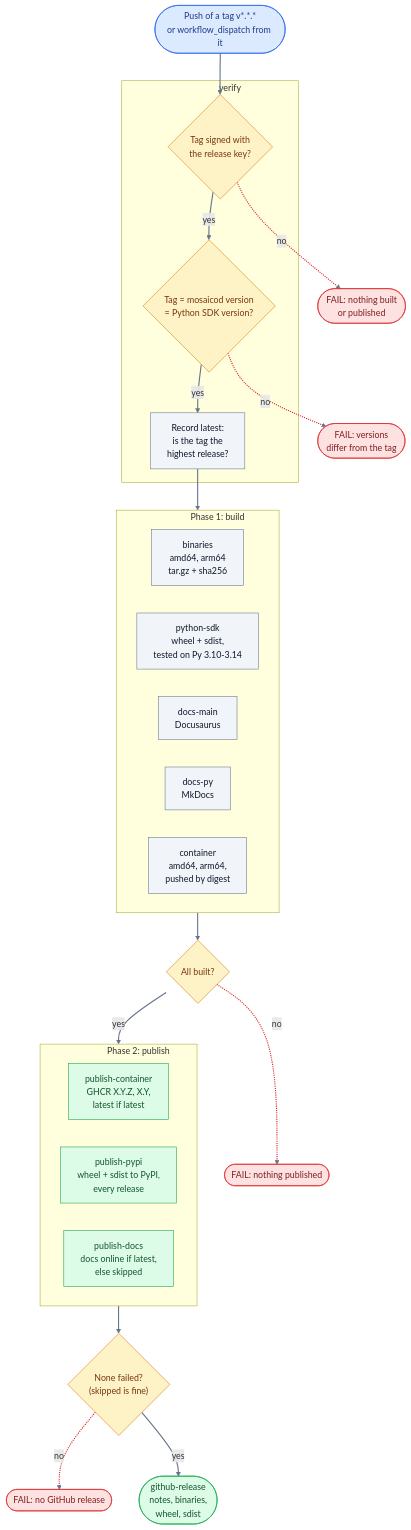
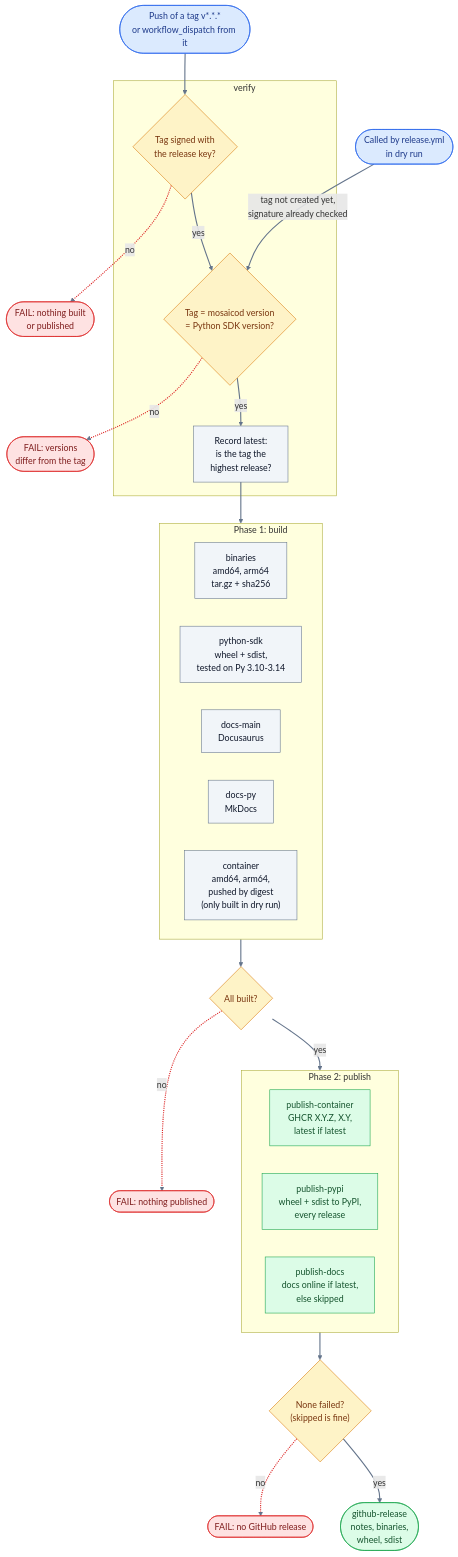
One commit to mosaico-labs/mosaico changed the second of 2 diagrams in RELEASING.md. Above: the diagram before and after it, drawn with Mermaid. The commit also changed other lines of this file and 1 other file, not shown here.

Commit message:
docs: document the release dry run

````diff
--- a/RELEASING.md
+++ b/RELEASING.md
@@ -127,61 +133,63 @@
 ```mermaid
 flowchart TD
     trigger(["Push of a tag v*.*.*<br/>or workflow_dispatch from it"])
+    dryTrigger(["Called by release.yml<br/>in dry run"])
 
     subgraph verify["#emsp;#emsp;#emsp;#emsp;#emsp;#emsp;verify"]
         signed{"Tag signed with<br/>the release key?"}
         versions{"Tag = mosaicod version<br/>= Python SDK version?"}
         highest["Record latest:<br/>is the tag the<br/>highest release?"]
     end
 
     subgraph build["#emsp;#emsp;#emsp;#emsp;#emsp;#emsp;Phase 1: build"]
         binaries["binaries<br/>amd64, arm64<br/>tar.gz + sha256"]
         pythonSdk["python-sdk<br/>wheel + sdist,<br/>tested on Py 3.10-3.14"]
         docsMain["docs-main<br/>Docusaurus"]
         docsPy["docs-py<br/>MkDocs"]
-        container["container<br/>amd64, arm64,<br/>pushed by digest"]
+        container["container<br/>amd64, arm64,<br/>pushed by digest<br/>(only built in dry run)"]
     end
 
     subgraph pub["#emsp;#emsp;#emsp;#emsp;#emsp;#emsp;Phase 2: publish"]
         pubImage["publish-container<br/>GHCR X.Y.Z, X.Y,<br/>latest if latest"]
         pubPypi["publish-pypi<br/>wheel + sdist to PyPI,<br/>every release"]
         pubDocs["publish-docs<br/>docs online if latest,<br/>else skipped"]
     end
 
     allBuilt{"All built?"}
     noneFailed{"None failed?<br/>(skipped is fine)"}
     ghRelease(["github-release<br/>notes, binaries,<br/>wheel, sdist"])
     failSign(["FAIL: nothing built<br/>or published"])
     failVersion(["FAIL: versions<br/>differ from the tag"])
     failBuild(["FAIL: nothing published"])
     failPublish(["FAIL: no GitHub release"])
 
     trigger --> signed
     signed -. no .-> failSign
     signed -- yes --> versions
     versions -. no .-> failVersion
     versions -- yes --> highest
     highest --> build
     build --> allBuilt
     allBuilt -. no .-> failBuild
     allBuilt -- yes --> pub
     pub --> noneFailed
     noneFailed -. no .-> failPublish
     noneFailed -- yes --> ghRelease
+    dryTrigger -- "tag not created yet,<br/>signature already checked" --> versions
 
     classDef start fill:#dbeafe,stroke:#2563eb,color:#1e3a8a
     classDef check fill:#fef3c7,stroke:#d97706,color:#78350f
     classDef step fill:#f1f5f9,stroke:#64748b,color:#0f172a
     classDef done fill:#dcfce7,stroke:#16a34a,color:#14532d
     classDef fail fill:#fee2e2,stroke:#dc2626,color:#7f1d1d
     classDef skip fill:#f3f4f6,stroke:#9ca3af,color:#374151
     linkStyle default stroke:#64748b,stroke-width:2px
     linkStyle 1,3,7,10 stroke:#dc2626,stroke-width:2px
 
-    class trigger start
+    class trigger,dryTrigger start
     class signed,versions,allBuilt,noneFailed check
     class highest,binaries,pythonSdk step
     class docsMain,docsPy,container step
     class pubImage,pubPypi,pubDocs,ghRelease done
     class failSign,failVersion,failBuild,failPublish fail
 ```
````
